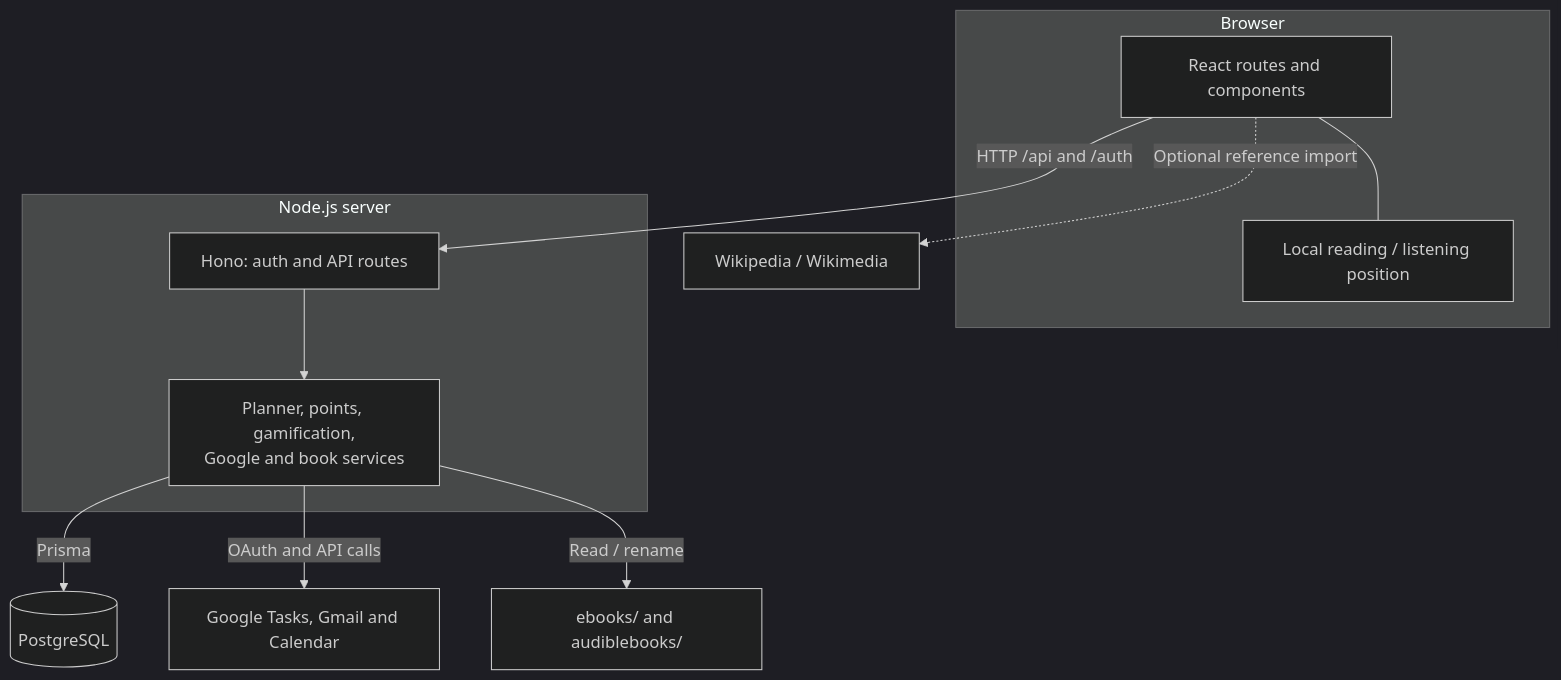
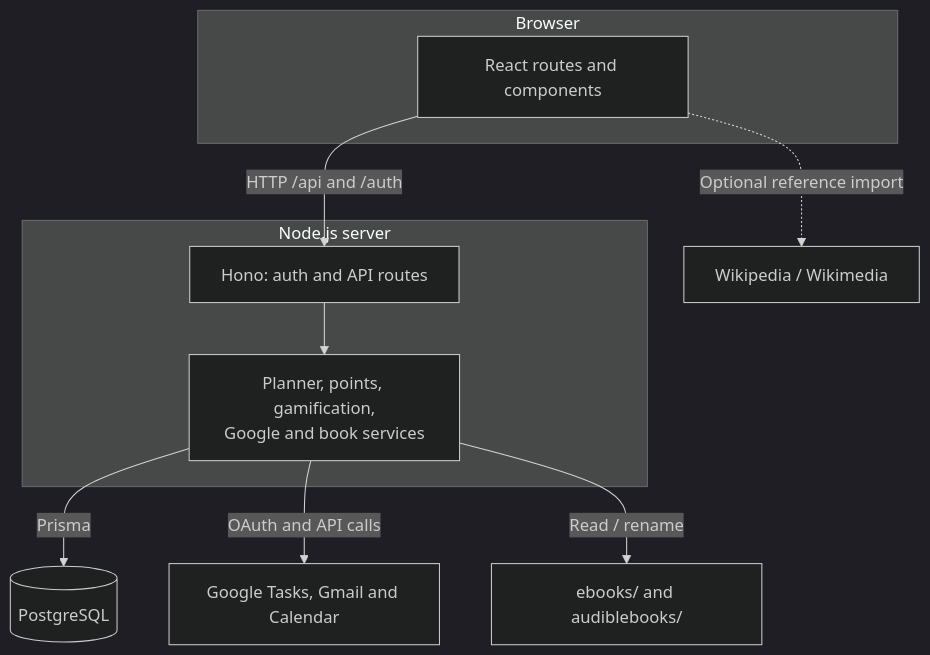
One commit to violetsartcosmos/cyberPlanner changed the first of 2 diagrams in docs/models.md. Above: the diagram before and after it, drawn with Mermaid (dark theme). The commit also changed other lines of this file and 19 other files, not shown here.

````diff
--- a/docs/models.md
+++ b/docs/models.md
@@ -7,18 +7,16 @@
 ```mermaid
 flowchart TB
     subgraph Browser["Browser"]
         UI["React routes and components"]
-        Local["Local reading / listening position"]
-        UI --- Local
     end
     subgraph Server["Node.js server"]
         HTTP["Hono: auth and API routes"]
         Services["Planner, points, gamification,<br/>Google and book services"]
         HTTP --> Services
     end
     UI -->|"HTTP /api and /auth"| HTTP
     Services -->|"Prisma"| DB[("PostgreSQL")]
     Services -->|"OAuth and API calls"| Google["Google Tasks, Gmail and Calendar"]
     Services -->|"Read / rename"| Files["ebooks/ and audiblebooks/"]
     UI -.->|"Optional reference import"| Wiki["Wikipedia / Wikimedia"]
 ```
````
